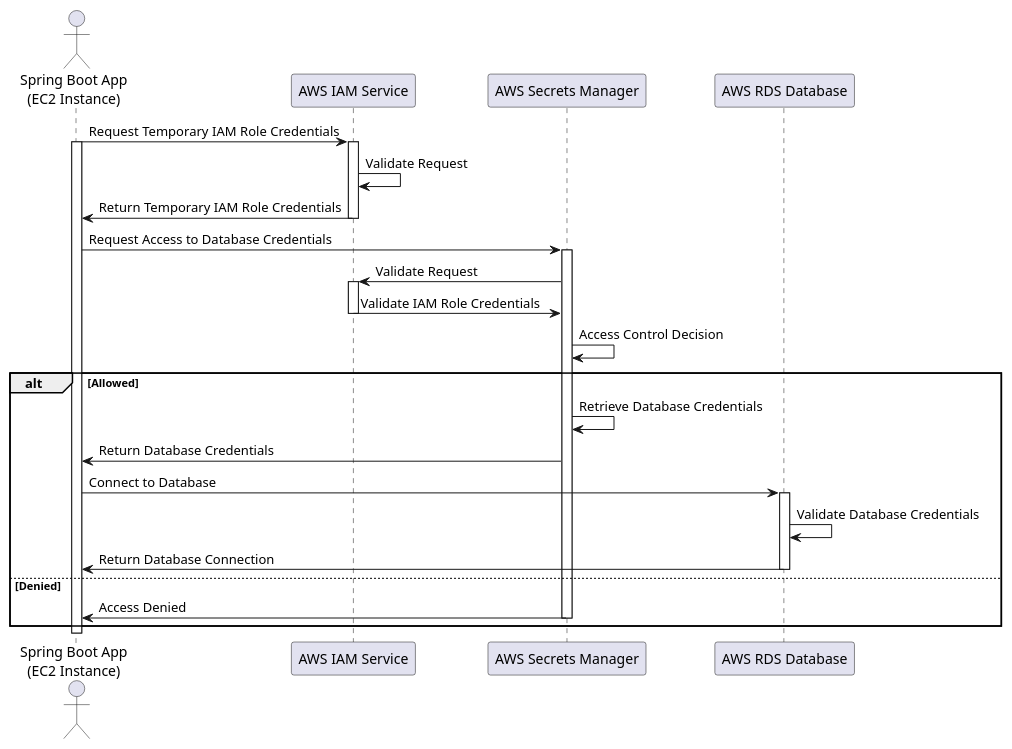
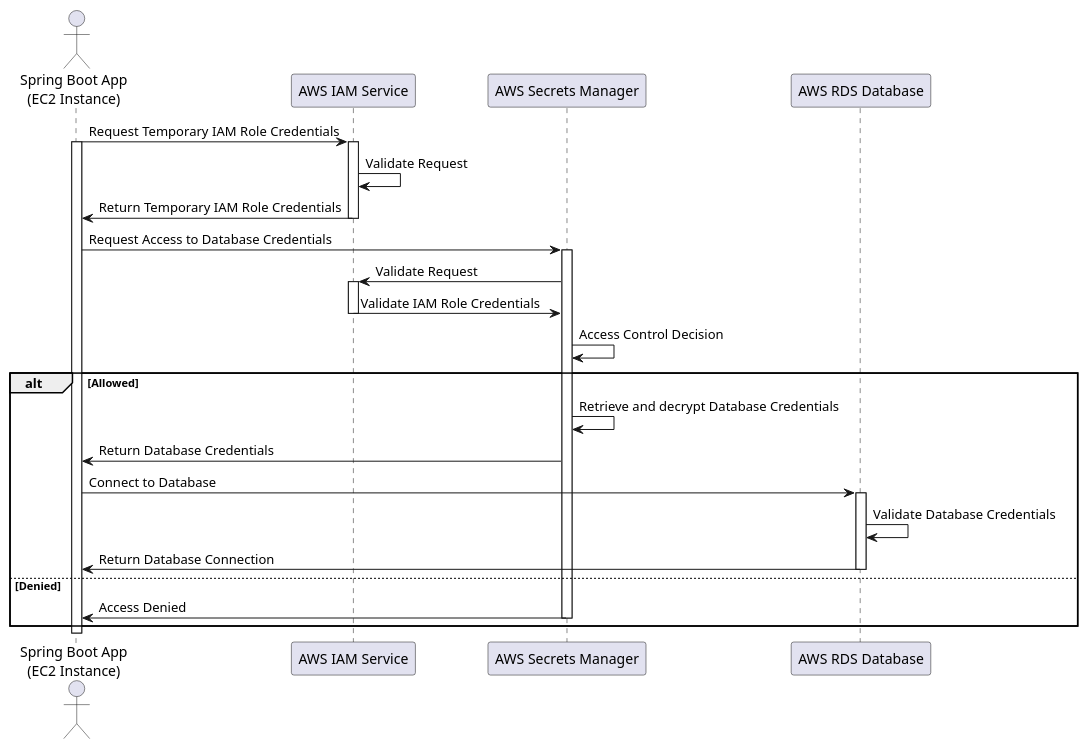
Before and after one commit to nathanMils/COS-720-u21553832: the diagram in research/diagrams/EC2_SecretsManagerRDS.puml, drawn with PlantUML. The commit also changed 5 other files, not shown here.

```diff
--- a/research/diagrams/EC2_SecretsManagerRDS.puml
+++ b/research/diagrams/EC2_SecretsManagerRDS.puml
@@ -1,35 +1,35 @@
 @startuml
 
 actor "Spring Boot App\n(EC2 Instance)" as SpringBootApp
 participant "AWS IAM Service" as IAM
 participant "AWS Secrets Manager" as SecretsManager
 participant "AWS RDS Database" as RDS
 
 SpringBootApp -> IAM: Request Temporary IAM Role Credentials
 activate SpringBootApp
 activate IAM
 IAM -> IAM: Validate Request
 IAM -> SpringBootApp: Return Temporary IAM Role Credentials
 deactivate IAM
 
 SpringBootApp -> SecretsManager: Request Access to Database Credentials
 activate SecretsManager
 SecretsManager -> IAM: Validate Request
 activate IAM
 IAM -> SecretsManager: Validate IAM Role Credentials
 deactivate IAM
 SecretsManager -> SecretsManager: Access Control Decision
 alt Allowed
-    SecretsManager -> SecretsManager: Retrieve Database Credentials
+    SecretsManager -> SecretsManager: Retrieve and decrypt Database Credentials
     SecretsManager -> SpringBootApp: Return Database Credentials
     SpringBootApp -> RDS: Connect to Database
     activate RDS
     RDS -> RDS: Validate Database Credentials
     RDS -> SpringBootApp: Return Database Connection
     deactivate RDS
 else Denied
     SecretsManager -> SpringBootApp: Access Denied
     deactivate SecretsManager
 end
 deactivate SpringBootApp
 @enduml
```
